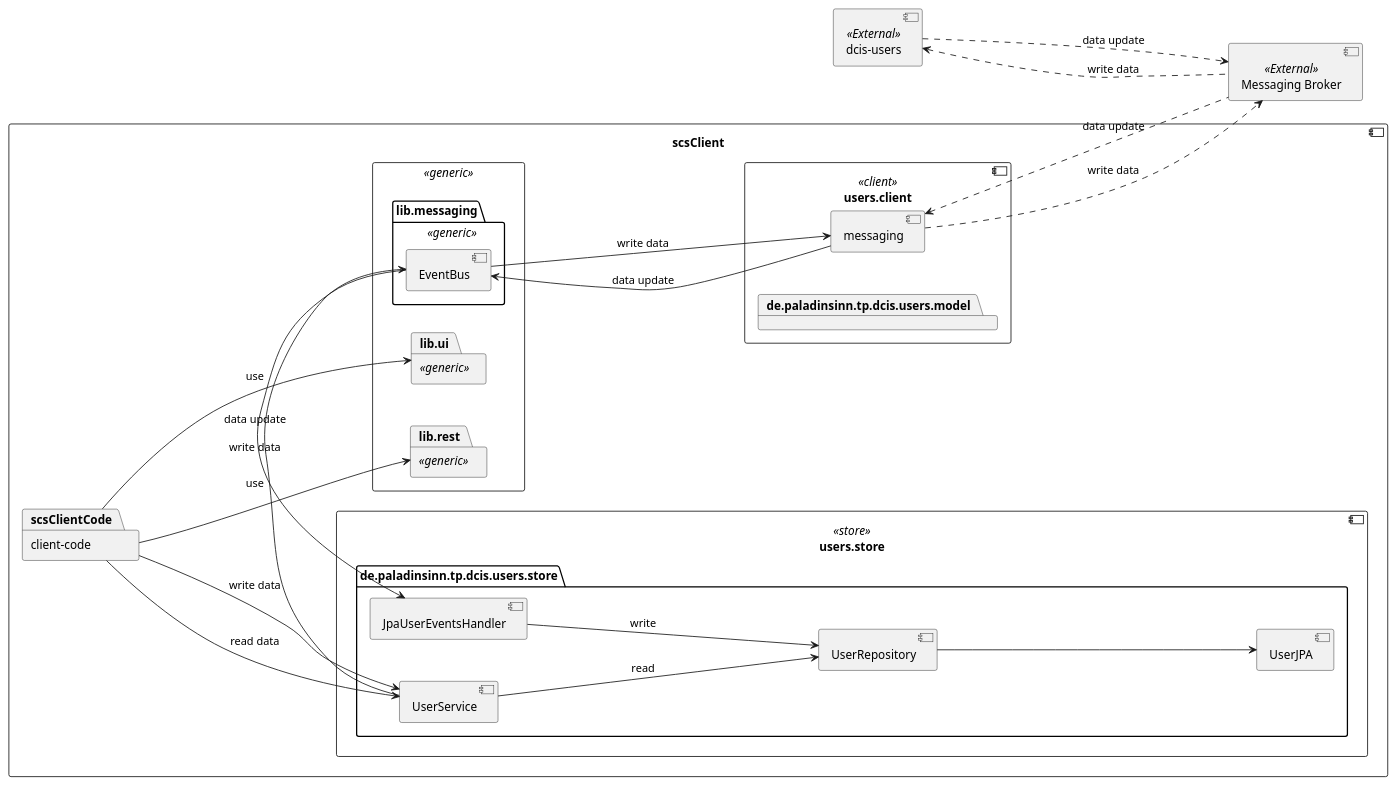
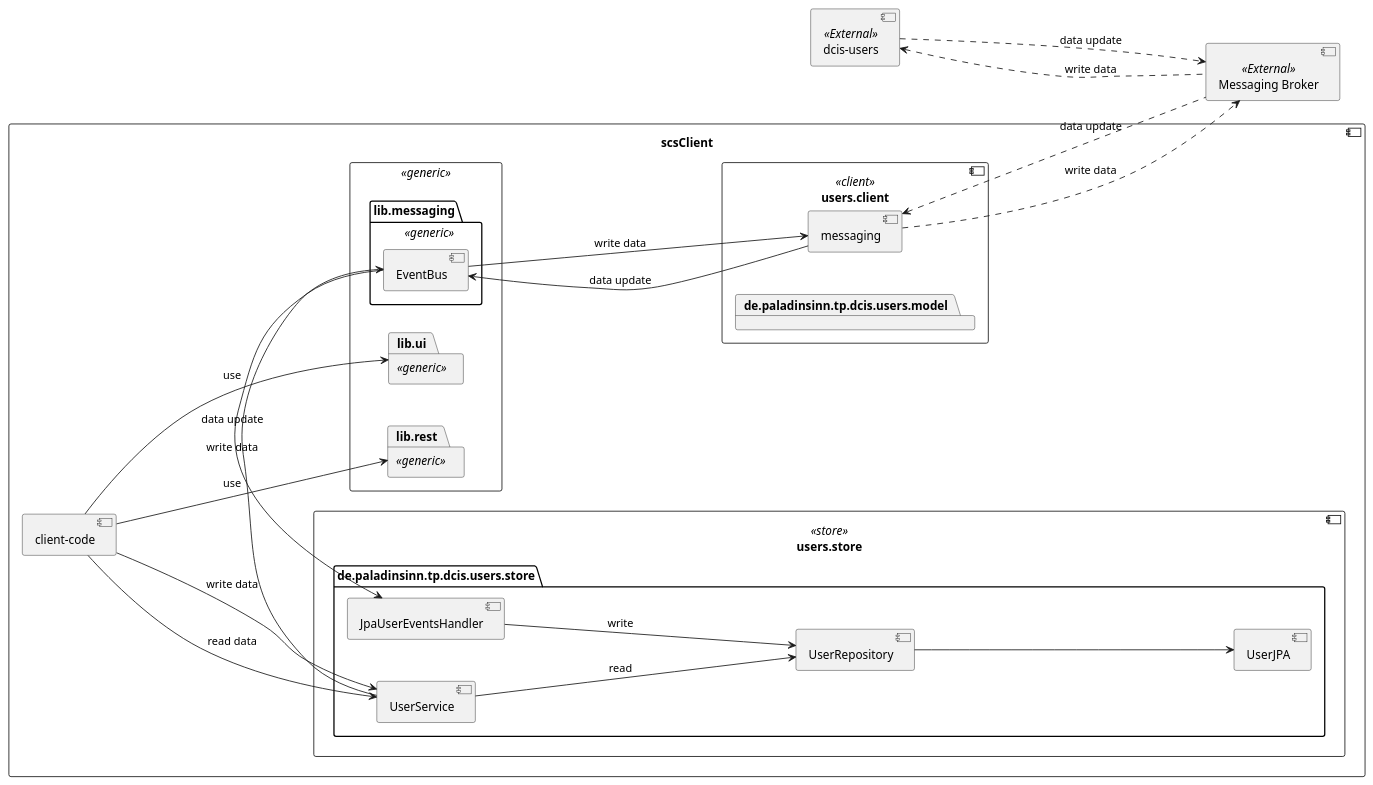
Before and after one commit to Paladins-Inn/torganized-play-architecture: the first of 2 diagrams in src/main/docs/architecture/modules/arc42/pages/08_concepts/asynchronus-data-handling.adoc, drawn with PlantUML. The commit also changed other lines of this file, not shown here.

Commit message:
client code is now a component instead of a package.

```diff
--- a/src/main/docs/architecture/modules/arc42/pages/08_concepts/asynchronus-data-handling.adoc
+++ b/src/main/docs/architecture/modules/arc42/pages/08_concepts/asynchronus-data-handling.adoc
@@ -48,67 +48,67 @@
 [plantuml, asynchronous-data-orchestration, svg]
 ----
 @startuml
 left to right direction
 skinparam actorStyle awesome
 skinparam nodesep 50
 skinparam ranksep 200
 
 component scsClient as Client {
-  package "client-code" as scsClientCode
+  component "client-code" as scsClientCode
 
   rectangle << generic >> {
     package lib.messaging << generic >> {
       component EventBus as bus
     }
 
     package lib.rest << generic >> {
     }
 
     package lib.ui << generic >> {
     }
   }
 
   component users.client << client >> {
     component messaging as amqp
 
     package de.paladinsinn.tp.dcis.users.model {
     }
   }
 
   component users.store << store >> {
     package de.paladinsinn.tp.dcis.users.store {
       component JpaUserEventsHandler
       component UserJPA
       component UserRepository
       component UserService
     }
   }
 }
 
 together {
   component "Messaging Broker" as broker << External >>
   component "dcis-users" as scsUser << External >>
 }
 
 amqp --> bus : data update
 bus --> JpaUserEventsHandler : data update
 
 scsClientCode --> lib.rest : use
 scsClientCode --> lib.ui : use
 scsClientCode --> UserService : read data
 scsClientCode --> UserService : write data
 
 UserService --> UserRepository : read
 UserService --> bus : write data
 JpaUserEventsHandler --> UserRepository : write
 UserRepository --> UserJPA
 
 bus --> amqp : write data
 
 broker <.up. scsUser : data update
 broker .up.> scsUser : write data
 amqp <.. broker : data update
 amqp ..> broker : write data
 
 @enduml
 ----
```
